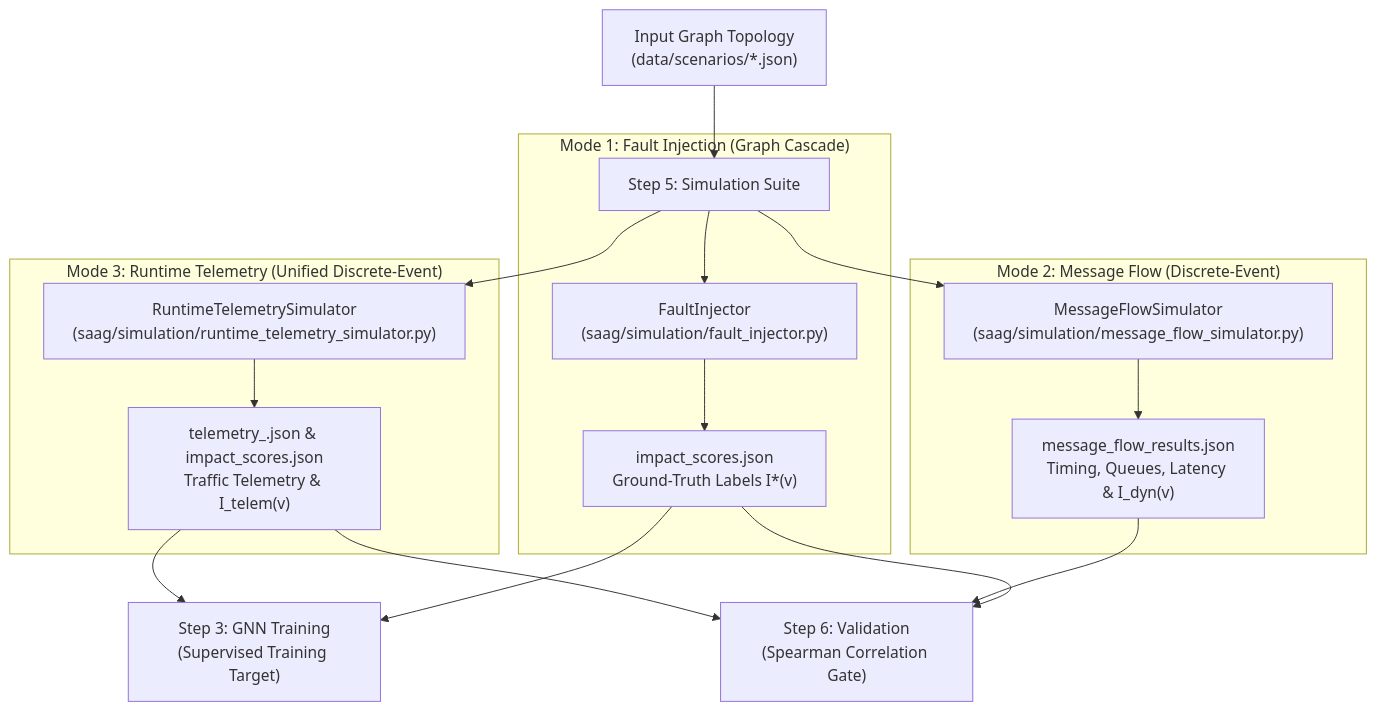
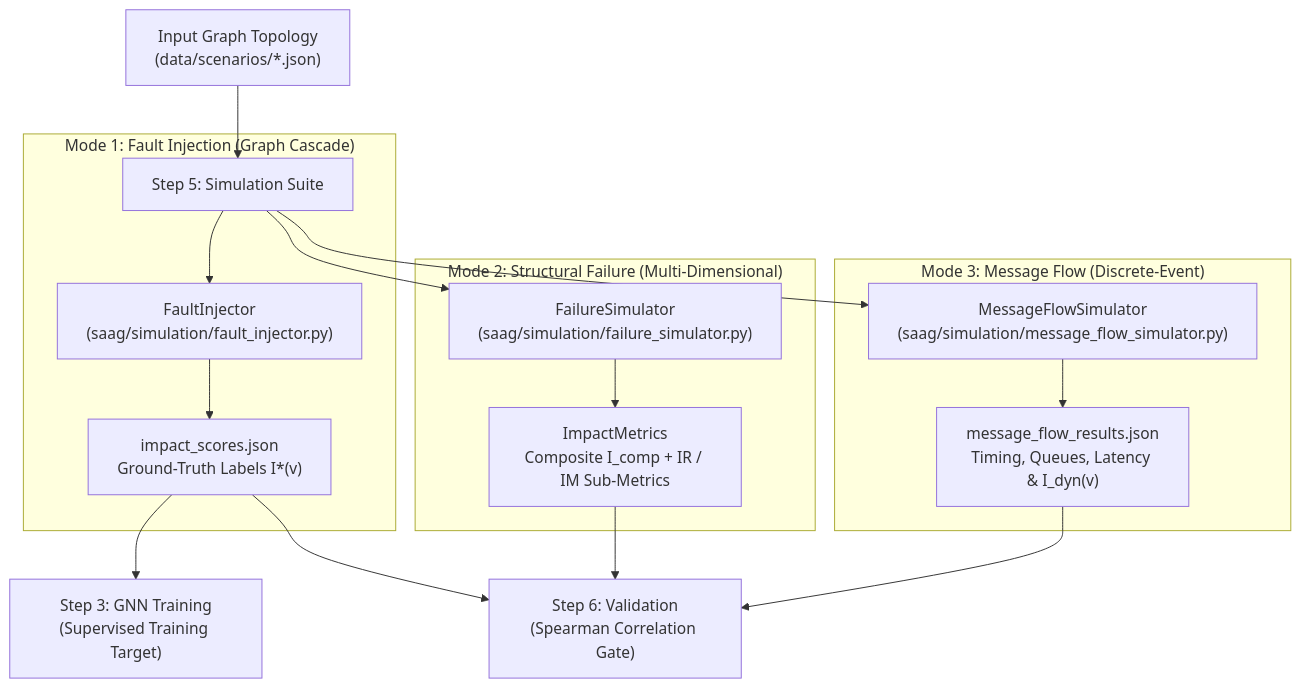
One commit to onuralpyigit/software-as-a-graph changed the first of 4 diagrams in docs/failure-simulation.md. Above: the diagram before and after it, drawn with Mermaid. The commit also changed other lines of this file and 16 other files, not shown here.

First line of the commit message:
Refactor telemetry simulation and impact calculation

````diff
--- a/docs/failure-simulation.md
+++ b/docs/failure-simulation.md
@@ -54,25 +58,24 @@
 ```mermaid
 flowchart TD
     G["Input Graph Topology<br>(data/scenarios/*.json)"] --> SIM["Step 5: Simulation Suite"]
     
     subgraph Mode1["Mode 1: Fault Injection (Graph Cascade)"]
         SIM --> FI["FaultInjector<br>(saag/simulation/fault_injector.py)"]
         FI --> IMP["impact_scores.json<br>Ground-Truth Labels I*(v)"]
     end
 
-    subgraph Mode2["Mode 2: Message Flow (Discrete-Event)"]
+    subgraph Mode2["Mode 2: Structural Failure (Multi-Dimensional)"]
+        SIM --> FS["FailureSimulator<br>(saag/simulation/failure_simulator.py)"]
+        FS --> FSR["ImpactMetrics<br>Composite I_comp + IR / IM Sub-Metrics"]
+    end
+
+    subgraph Mode3["Mode 3: Message Flow (Discrete-Event)"]
         SIM --> MFS["MessageFlowSimulator<br>(saag/simulation/message_flow_simulator.py)"]
         MFS --> MFR["message_flow_results.json<br>Timing, Queues, Latency & I_dyn(v)"]
     end
 
-    subgraph Mode3["Mode 3: Runtime Telemetry (Unified Discrete-Event)"]
-        SIM --> RTS["RuntimeTelemetrySimulator<br>(saag/simulation/runtime_telemetry_simulator.py)"]
-        RTS --> TEL["telemetry_<node>.json & impact_scores.json<br>Traffic Telemetry & I_telem(v)"]
-    end
-
     IMP --> GNN["Step 3: GNN Training<br>(Supervised Training Target)"]
-    TEL --> GNN
     IMP --> VAL["Step 6: Validation<br>(Spearman Correlation Gate)"]
+    FSR --> VAL
     MFR --> VAL
-    TEL --> VAL
 ```
````
